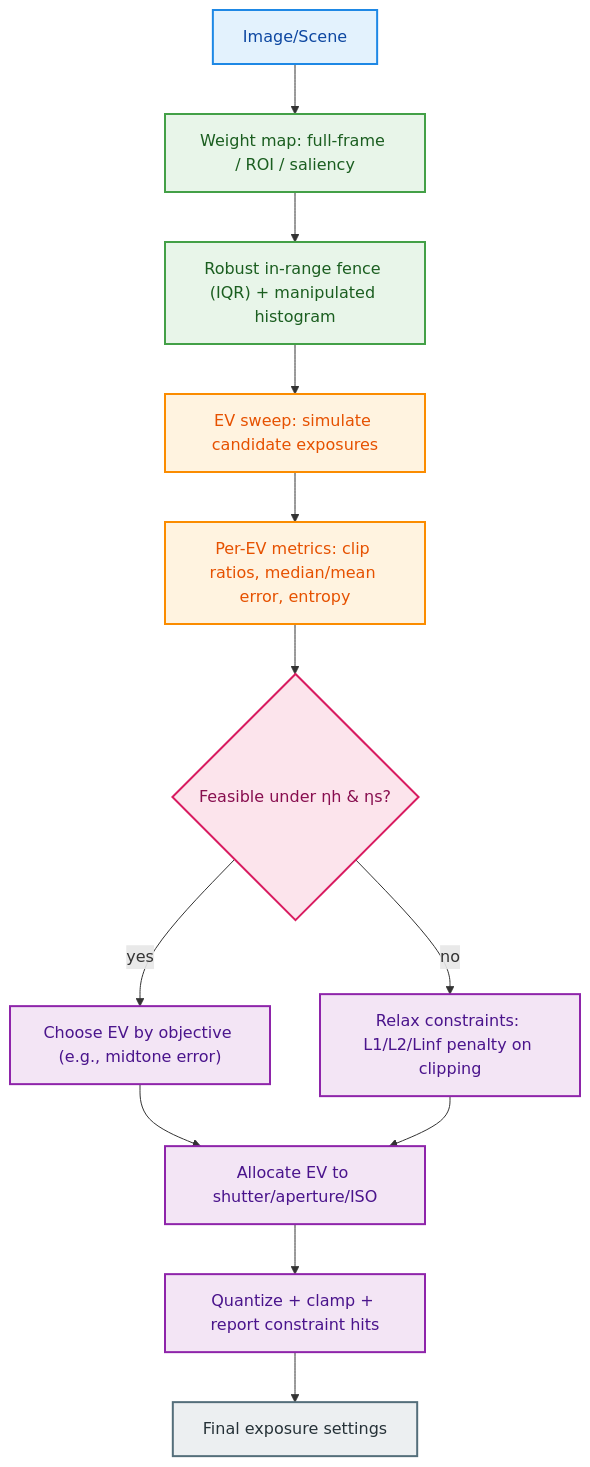
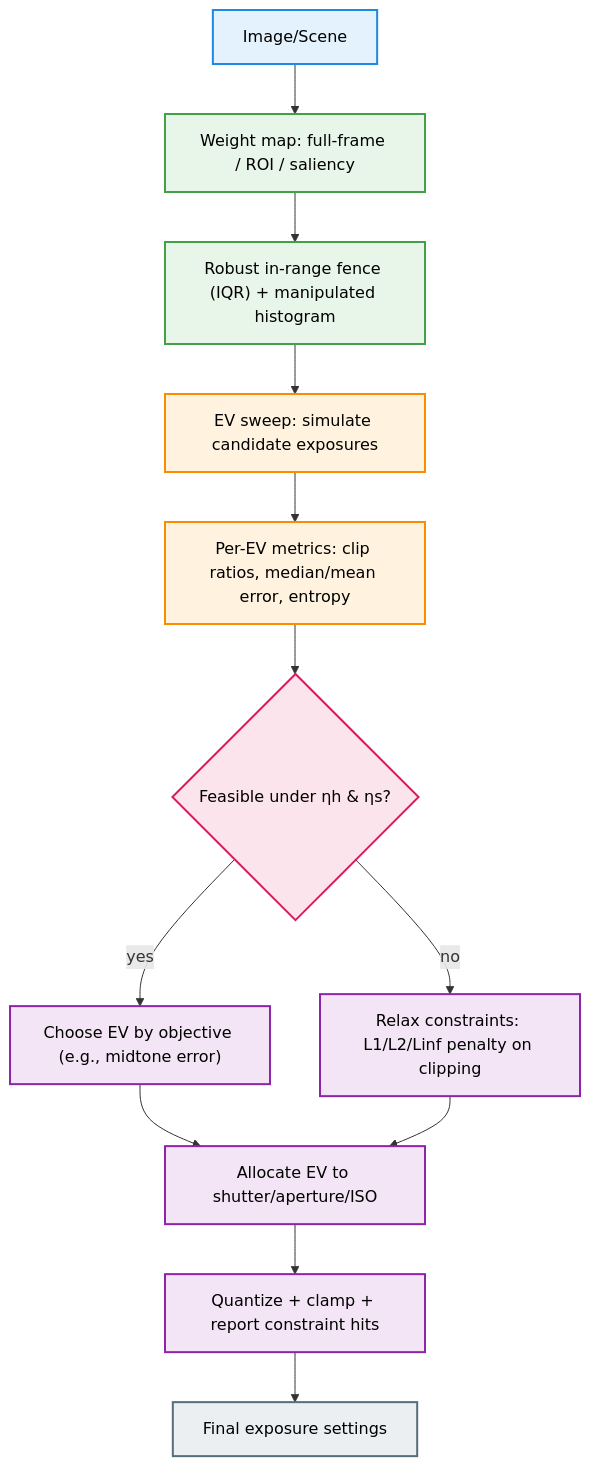
One commit to jgaugustine/CapstoneFinal changed the diagram in CapstoneHub/articles/Exposure Programs — AE, Shutter, Aperture Priority 26f924884a0480fdb672ef956ac03f44.md. Above: the diagram before and after it, drawn with Mermaid. The commit also changed 199 other files, not shown here.

````diff
--- a/CapstoneHub/articles/Exposure Programs — AE, Shutter, Aperture Priority 26f924884a0480fdb672ef956ac03f44.md
+++ b/CapstoneHub/articles/Exposure Programs — AE, Shutter, Aperture Priority 26f924884a0480fdb672ef956ac03f44.md
@@ -125,30 +125,30 @@
 ```mermaid
 flowchart TD
   A["Image/Scene"] --> B["Weight map: full-frame / ROI / saliency"]
   B --> C["Robust in-range fence (IQR) + manipulated histogram"]
   C --> D["EV sweep: simulate candidate exposures"]
   D --> E["Per-EV metrics: clip ratios, median/mean error, entropy"]
   E --> F{"Feasible under ηh & ηs?"}
   F -->|yes| G["Choose EV by objective (e.g., midtone error)"]
   F -->|no| H["Relax constraints: L1/L2/Linf penalty on clipping"]
   G --> I["Allocate EV to shutter/aperture/ISO"]
   H --> I
   I --> J["Quantize + clamp + report constraint hits"]
   J --> K["Final exposure settings"]
 
   %% Node classes
-  classDef input fill:#E3F2FD,stroke:#1E88E5,stroke-width:2px,color:#0D47A1;
-  classDef preprocess fill:#E8F5E9,stroke:#43A047,stroke-width:2px,color:#1B5E20;
-  classDef simulate fill:#FFF3E0,stroke:#FB8C00,stroke-width:2px,color:#E65100;
-  classDef decision fill:#FCE4EC,stroke:#D81B60,stroke-width:2px,color:#880E4F;
-  classDef optimize fill:#F3E5F5,stroke:#8E24AA,stroke-width:2px,color:#4A148C;
-  classDef output fill:#ECEFF1,stroke:#546E7A,stroke-width:2px,color:#263238;
+  classDef input fill:#E3F2FD,stroke:#1E88E5,stroke-width:2px,color:#000000;
+  classDef preprocess fill:#E8F5E9,stroke:#43A047,stroke-width:2px,color:#000000;
+  classDef simulate fill:#FFF3E0,stroke:#FB8C00,stroke-width:2px,color:#000000;
+  classDef decision fill:#FCE4EC,stroke:#D81B60,stroke-width:2px,color:#000000;
+  classDef optimize fill:#F3E5F5,stroke:#8E24AA,stroke-width:2px,color:#000000;
+  classDef output fill:#ECEFF1,stroke:#546E7A,stroke-width:2px,color:#000000;
 
   %% Assign classes
   class A input;
   class B,C preprocess;
   class D,E simulate;
   class F decision;
   class G,H,I,J optimize;
   class K output;
 ```
````
